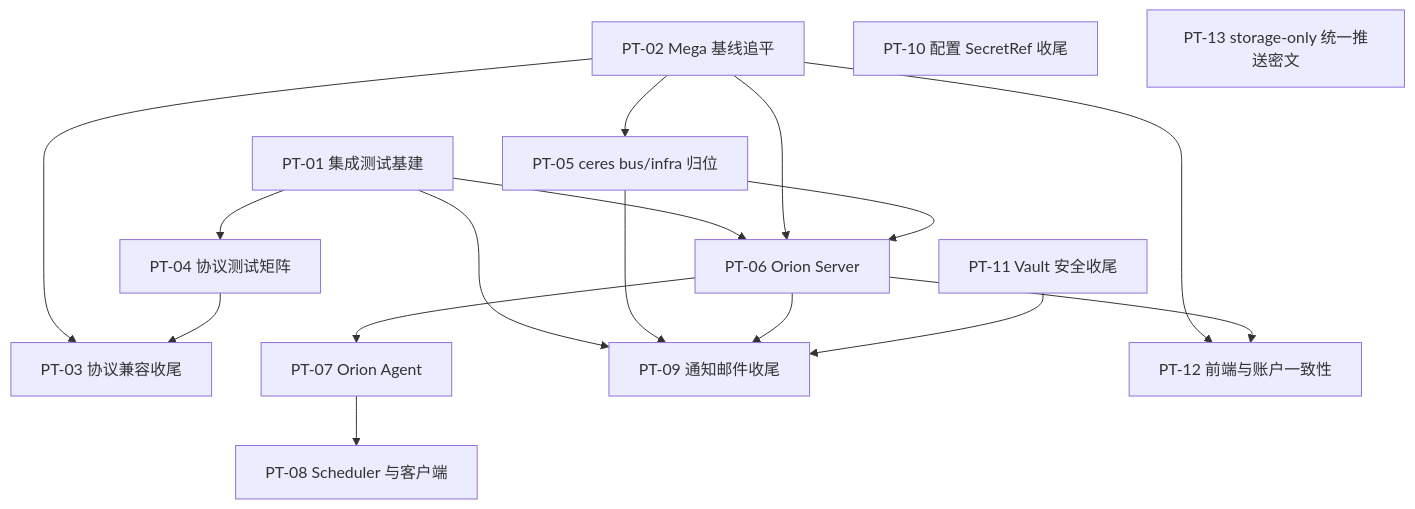
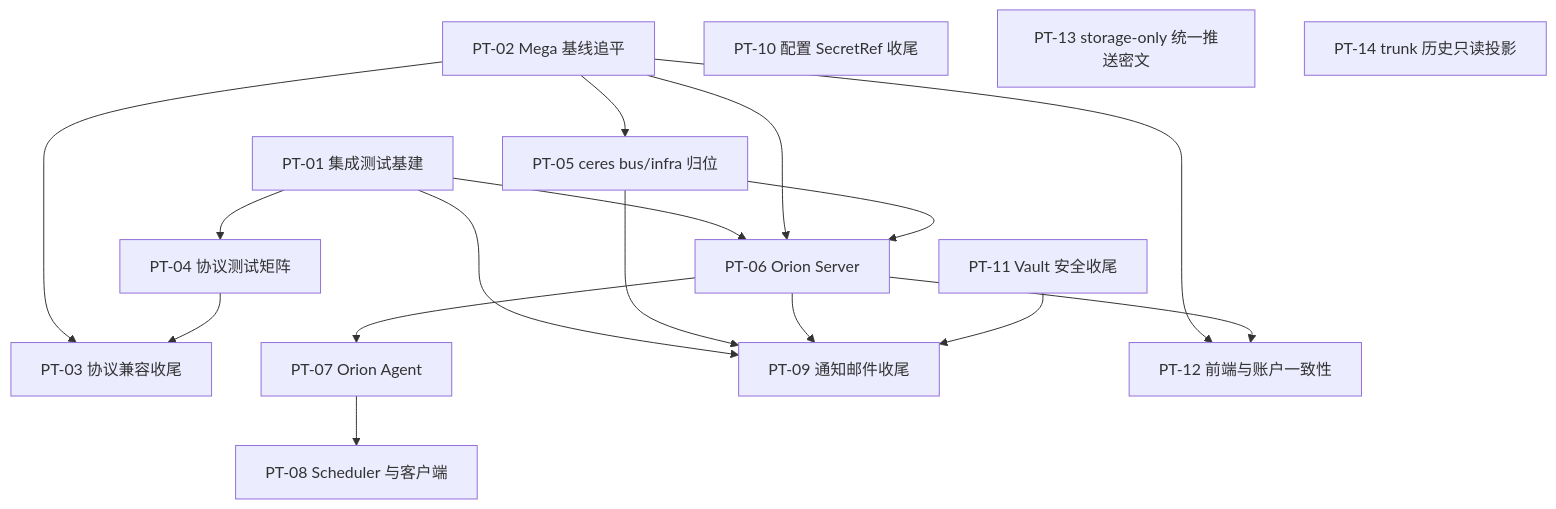
Before and after one commit to gitmono-dev/mega2: the diagram in docs/plan/plan-long.md, drawn with Mermaid. The commit also changed other lines of this file and 12 other files, not shown here.

````diff
--- a/docs/plan/plan-long.md
+++ b/docs/plan/plan-long.md
@@ -765,33 +802,35 @@
 ```mermaid
 flowchart TD
     PT01[PT-01 集成测试基建]
     PT02[PT-02 Mega 基线追平]
     PT03[PT-03 协议兼容收尾]
     PT04[PT-04 协议测试矩阵]
     PT05[PT-05 ceres bus/infra 归位]
     PT06[PT-06 Orion Server]
     PT07[PT-07 Orion Agent]
     PT08[PT-08 Scheduler 与客户端]
     PT09[PT-09 通知邮件收尾]
     PT10[PT-10 配置 SecretRef 收尾]
     PT11[PT-11 Vault 安全收尾]
     PT12[PT-12 前端与账户一致性]
     PT13[PT-13 storage-only 统一推送密文]
+    PT14[PT-14 trunk 历史只读投影]
 
     PT01 --> PT04
     PT01 --> PT06
     PT01 --> PT09
     PT02 --> PT03
     PT02 --> PT05
     PT02 --> PT06
     PT02 --> PT12
     PT04 --> PT03
     PT05 --> PT06
     PT06 --> PT07
     PT07 --> PT08
     PT05 --> PT09
     PT06 --> PT09
     PT06 --> PT12
     PT11 --> PT09
     PT13
+    PT14
 ```
````
